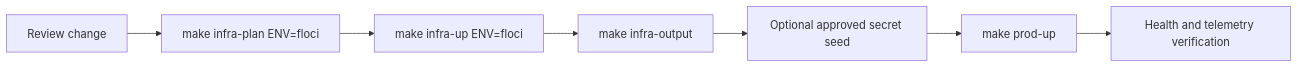
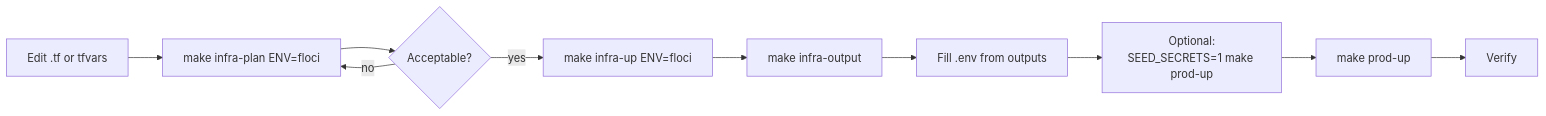
The first of 2 diagrams in infrastructure/docs/operations/terraform-workflow.md (kunalPisolkar24/topos), drawn with Mermaid before and after one commit. The commit also changed other lines of this file and 16 other files, not shown here.

````diff
--- a/infrastructure/docs/operations/terraform-workflow.md
+++ b/infrastructure/docs/operations/terraform-workflow.md
@@ -6,9 +36,12 @@
 ```mermaid
 flowchart LR
-    change[Review change] --> plan[make infra-plan ENV=floci]
-    plan --> apply[make infra-up ENV=floci]
-    apply --> output[make infra-output]
-    output --> seed[Optional approved secret seed]
-    seed --> deploy[make prod-up]
-    deploy --> verify[Health and telemetry verification]
+  A["Edit .tf or tfvars"] --> B["make infra-plan ENV=floci"]
+  B --> C{"Acceptable?"}
+  C -->|no| B
+  C -->|yes| D["make infra-up ENV=floci"]
+  D --> E["make infra-output"]
+  E --> F["Fill .env from outputs"]
+  F --> G["Optional:<br/>SEED_SECRETS=1 make prod-up"]
+  G --> H["make prod-up"]
+  H --> I["Verify"]
 ```
````
